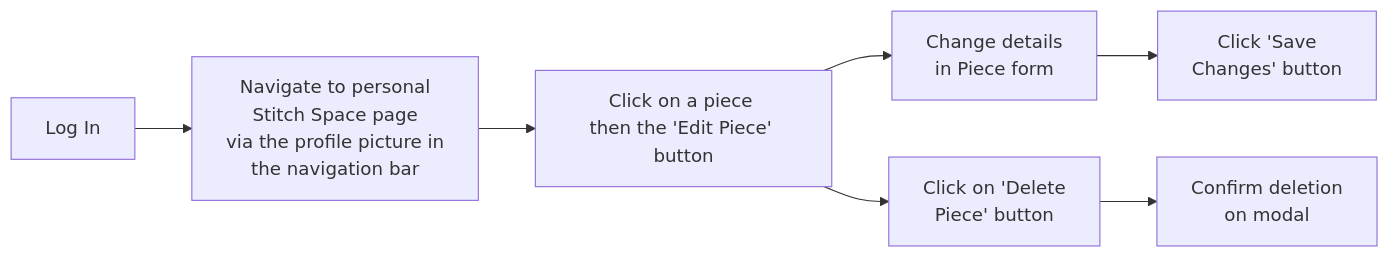
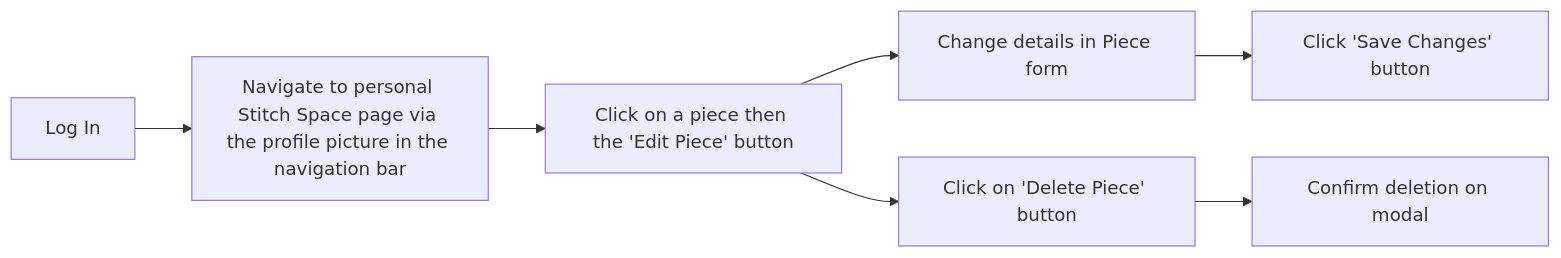
One commit to EvitaKnits/stitch-space changed the fourth of 6 diagrams in README.md. Above: the diagram before and after it, drawn with Mermaid. The commit also changed other lines of this file and 19 other files, not shown here.

````diff
--- a/README.md
+++ b/README.md
@@ -151,9 +153,9 @@
 ```mermaid
 flowchart LR
-    A[Log In] --> B[Navigate to personal \n Stitch Space page \n via the profile picture in \n the navigation bar]
-    B --> C[Click on a piece \nthen the 'Edit Piece' button]
-    C --> D[Change details \n in Piece form]
-    D --> E[Click 'Save \n Changes' button]
-    C --> F[Click on 'Delete \n Piece' button]
-    F --> G[Confirm deletion \n on modal]
+    A[Log In] --> B[Navigate to personal Stitch Space page via the profile picture in the navigation bar]
+    B --> C[Click on a piece then the 'Edit Piece' button]
+    C --> D[Change details in Piece form]
+    D --> E[Click 'Save Changes' button]
+    C --> F[Click on 'Delete Piece' button]
+    F --> G[Confirm deletion on modal]
 ```
````
